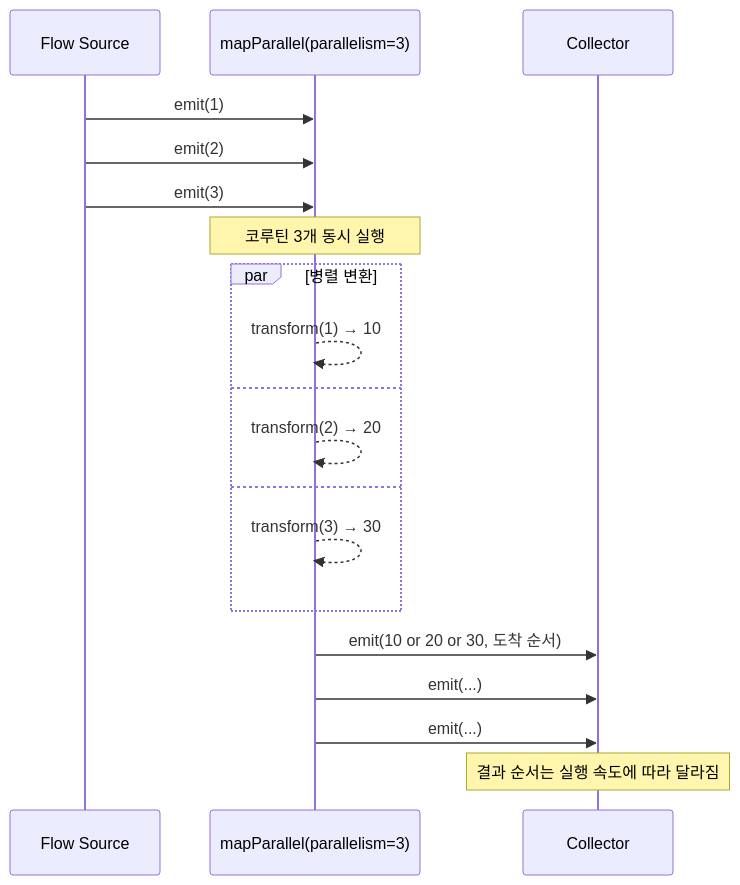
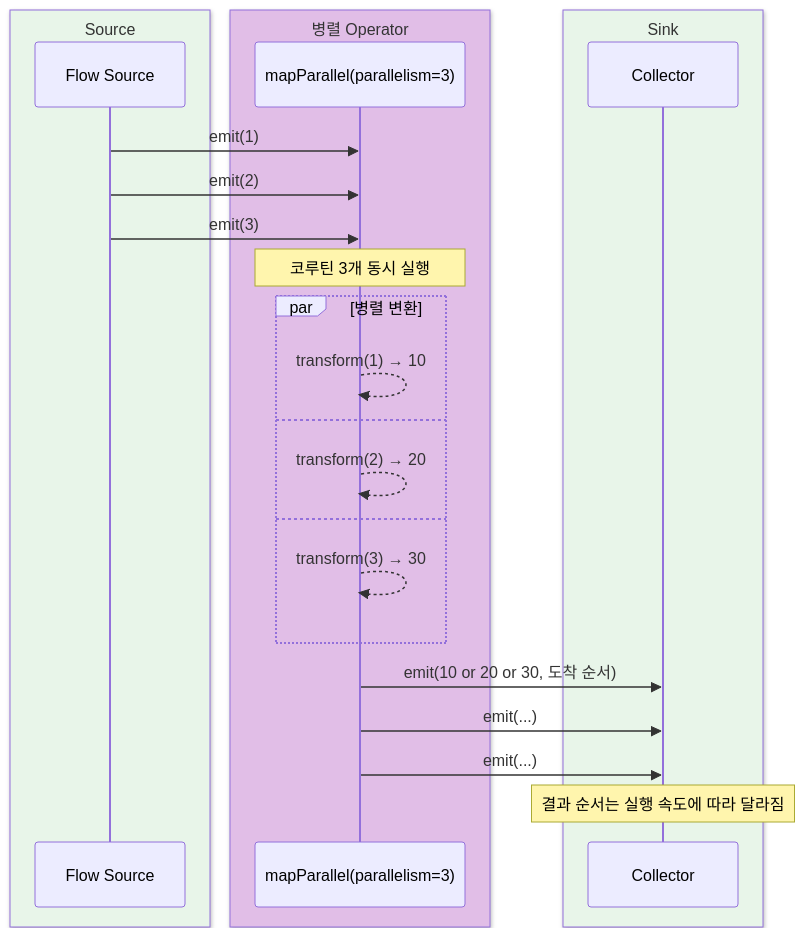
One commit to bluetape4k/bluetape4k-projects changed the eighth of 16 diagrams in bluetape4k/coroutines/README.ko.md. Above: the diagram before and after it, drawn with Mermaid. The commit also changed other lines of this file and 221 other files, not shown here.

First line of the commit message:
docs: 전체 모듈 README UML 다이어그램 보강 및 색상 업그레이드

````diff
--- a/bluetape4k/coroutines/README.ko.md
+++ b/bluetape4k/coroutines/README.ko.md
@@ -409,21 +472,27 @@
 ```mermaid
 sequenceDiagram
-    participant S as Flow Source
-    participant MP as mapParallel(parallelism=3)
-    participant R as Collector
+    box rgb(232, 245, 233) Source
+        participant S as Flow Source
+    end
+    box rgb(225, 190, 231) 병렬 Operator
+        participant MP as mapParallel(parallelism=3)
+    end
+    box rgb(232, 245, 233) Sink
+        participant R as Collector
+    end
     S ->> MP: emit(1)
     S ->> MP: emit(2)
     S ->> MP: emit(3)
     Note over MP: 코루틴 3개 동시 실행
     par 병렬 변환
         MP -->> MP: transform(1) → 10
     and
         MP -->> MP: transform(2) → 20
     and
         MP -->> MP: transform(3) → 30
     end
     MP ->> R: emit(10 or 20 or 30, 도착 순서)
     MP ->> R: emit(...)
     MP ->> R: emit(...)
     Note over R: 결과 순서는 실행 속도에 따라 달라짐
 ```
````
